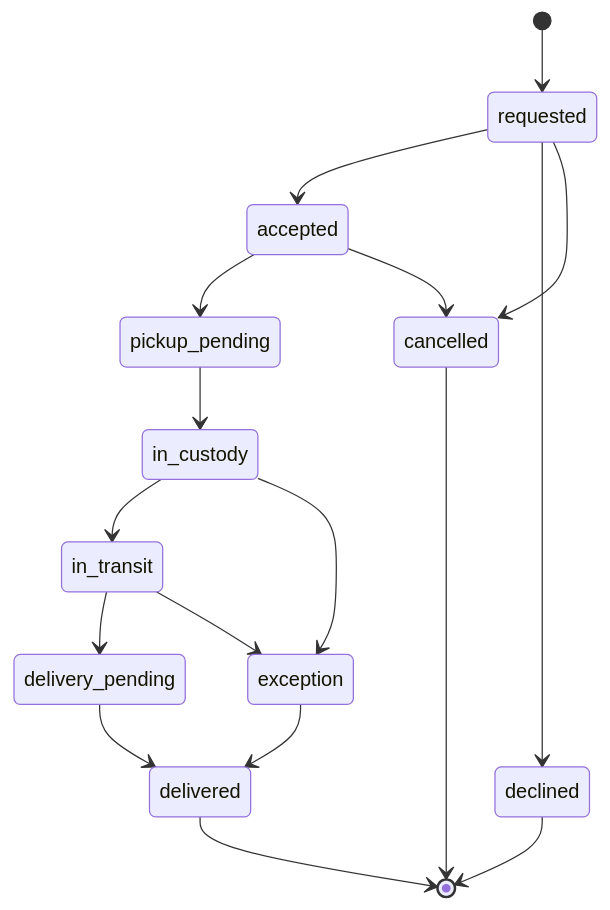
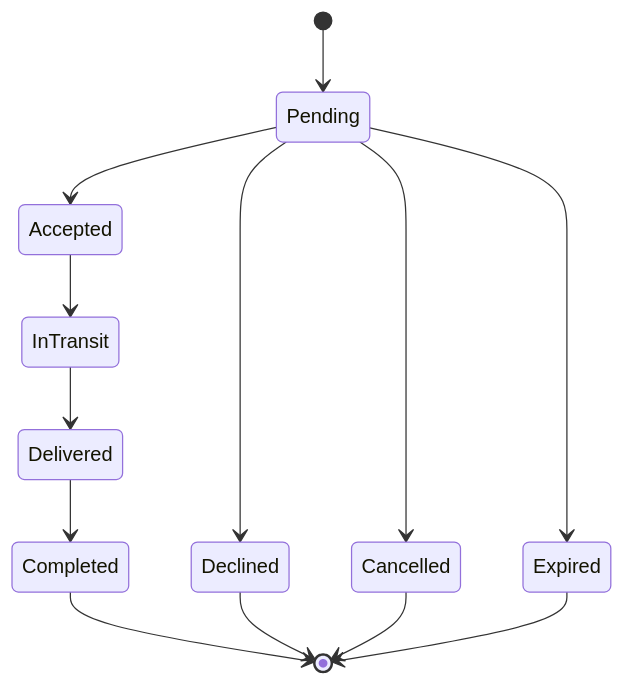
The diagram in docs/product/booking-lifecycle.md (abda-dc/karri-mobile), drawn with Mermaid before and after one commit. The commit also changed other lines of this file and 95 other files, not shown here.

Commit message:
Add core platform domain architecture

````diff
--- a/docs/product/booking-lifecycle.md
+++ b/docs/product/booking-lifecycle.md
@@ -9,19 +9,15 @@
 ```mermaid
 stateDiagram-v2
-    [*] --> requested
-    requested --> accepted
-    requested --> declined
-    requested --> cancelled
-    accepted --> pickup_pending
-    pickup_pending --> in_custody
-    in_custody --> in_transit
-    in_transit --> delivery_pending
-    delivery_pending --> delivered
-    accepted --> cancelled
-    in_custody --> exception
-    in_transit --> exception
-    exception --> delivered
-    delivered --> [*]
-    declined --> [*]
-    cancelled --> [*]
+    [*] --> Pending
+    Pending --> Accepted
+    Pending --> Declined
+    Pending --> Cancelled
+    Pending --> Expired
+    Accepted --> InTransit
+    InTransit --> Delivered
+    Delivered --> Completed
+    Completed --> [*]
+    Declined --> [*]
+    Cancelled --> [*]
+    Expired --> [*]
 ```
````
